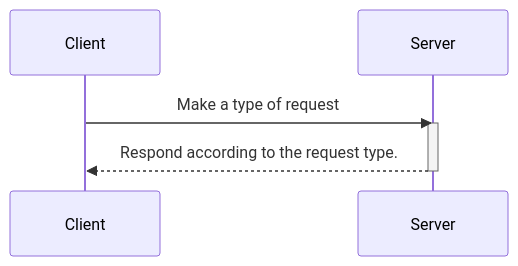
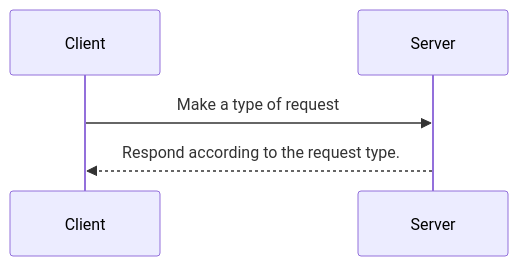
Before and after one commit to laize-loucia/movie_booking: the first of 3 diagrams in README.md, drawn with Mermaid.

````diff
--- a/README.md
+++ b/README.md
@@ -7,10 +7,8 @@
 ```mermaid
 sequenceDiagram
     participant Client
     participant Server
     Client->>Server: Make a type of request
-    activate Server
     Server-->>Client: Respond according to the request type.
-    deactivate Server
 
 ```
````
